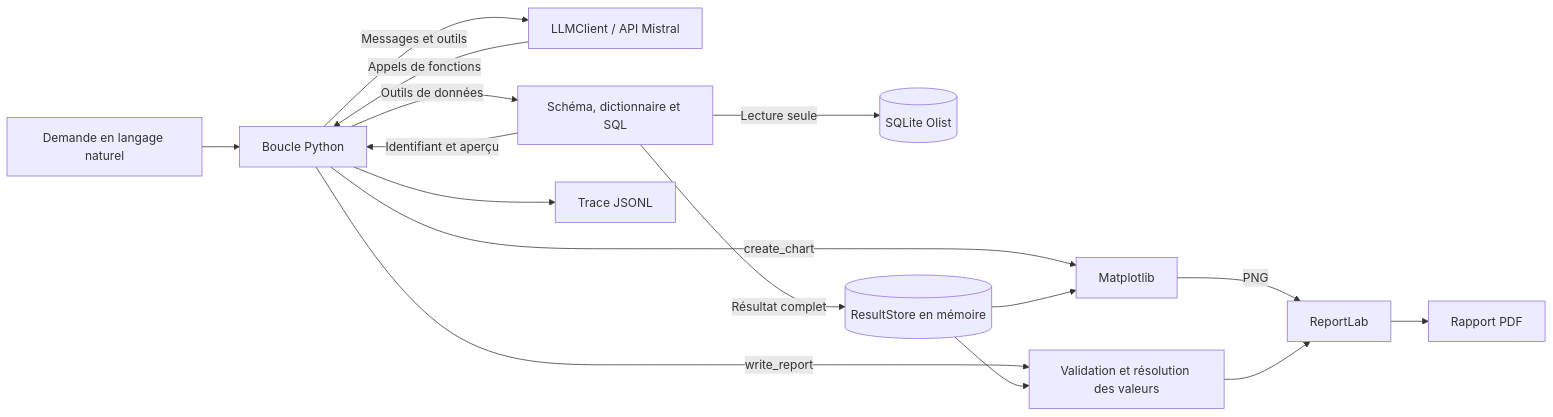
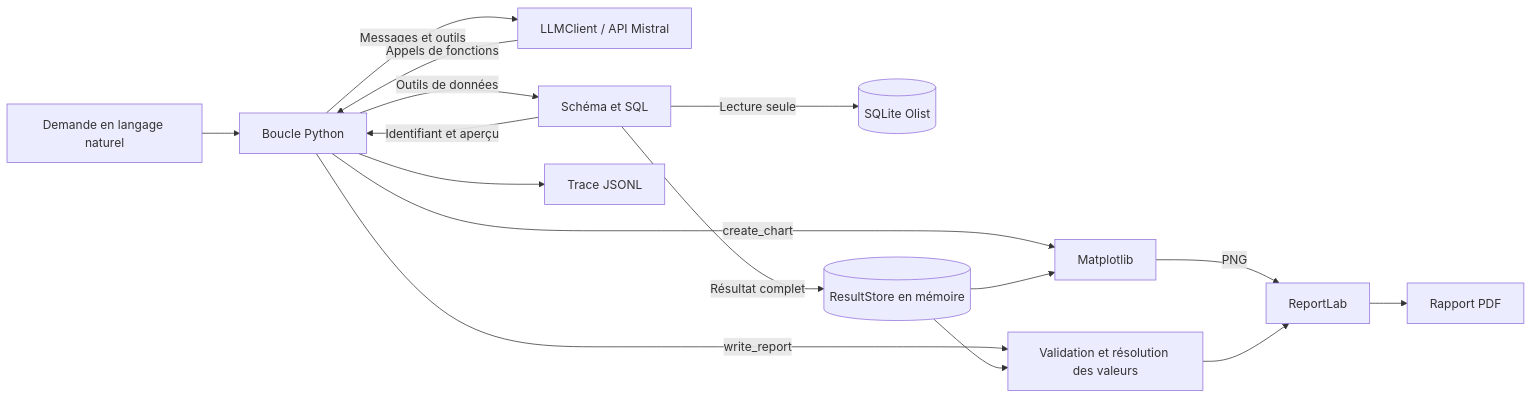
The diagram in README.md (tangmomb/agent_sql_rapport), drawn with Mermaid before and after one commit. The commit also changed other lines of this file and 14 other files, not shown here.

````diff
--- a/README.md
+++ b/README.md
@@ -175,18 +187,18 @@
 ```mermaid
 flowchart LR
     CLI["Demande en langage naturel"] --> Agent["Boucle Python"]
     Agent -->|"Messages et outils"| LLM["LLMClient / API Mistral"]
     LLM -->|"Appels de fonctions"| Agent
-    Agent -->|"Outils de données"| SQL["Schéma, dictionnaire et SQL"]
+    Agent -->|"Outils de données"| SQL["Schéma et SQL"]
     SQL -->|"Lecture seule"| DB[("SQLite Olist")]
     SQL -->|"Résultat complet"| Store[("ResultStore en mémoire")]
     SQL -->|"Identifiant et aperçu"| Agent
     Agent -->|"create_chart"| Chart["Matplotlib"]
     Store --> Chart
     Agent -->|"write_report"| Report["Validation et résolution des valeurs"]
     Store --> Report
     Chart -->|"PNG"| Render["ReportLab"]
     Report --> Render
     Render --> PDF["Rapport PDF"]
     Agent --> Trace["Trace JSONL"]
 ```
````
